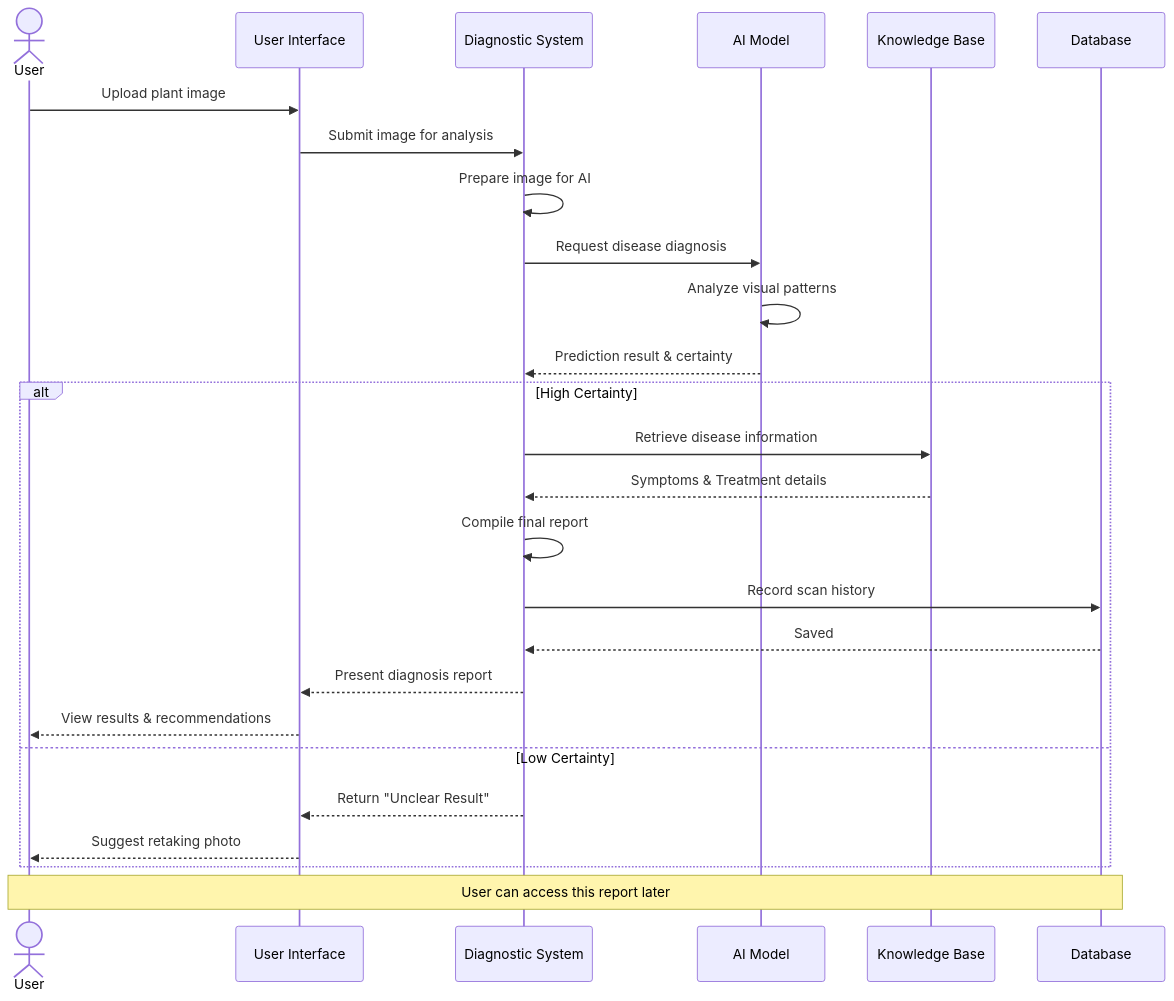
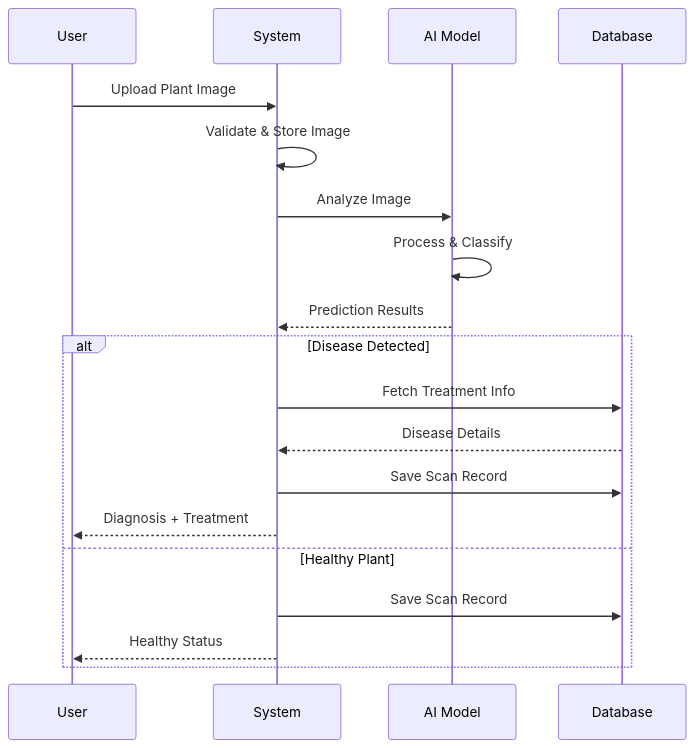
Before and after one commit to abdullah2323442/practice: the eighth of 16 diagrams in system documentation.md, drawn with Mermaid. The commit also changed other lines of this file, not shown here.

First line of the commit message:
Revise system documentation with updated diagrams

````diff
--- a/system documentation.md
+++ b/system documentation.md
@@ -427,32 +451,23 @@
 ```mermaid
 sequenceDiagram
-    actor User
-    participant Web as User Interface
-    participant Scanner as Diagnostic System
+    participant U as User
+    participant S as System
     participant AI as AI Model
-    participant Encyc as Knowledge Base
     participant DB as Database
     
-    User->>Web: Upload plant image
-    Web->>Scanner: Submit image for analysis
+    U->>S: Upload Plant Image
+    S->>S: Validate & Store Image
+    S->>AI: Analyze Image
+    AI->>AI: Process & Classify
+    AI-->>S: Prediction Results
     
-    Scanner->>Scanner: Prepare image for AI
-    Scanner->>AI: Request disease diagnosis
-    AI->>AI: Analyze visual patterns
-    AI-->>Scanner: Prediction result & certainty
-    
-    alt High Certainty
-        Scanner->>Encyc: Retrieve disease information
-        Encyc-->>Scanner: Symptoms & Treatment details
-        Scanner->>Scanner: Compile final report
-        Scanner->>DB: Record scan history
-        DB-->>Scanner: Saved
-        Scanner-->>Web: Present diagnosis report
-        Web-->>User: View results & recommendations
-    else Low Certainty
-        Scanner-->>Web: Return "Unclear Result"
-        Web-->>User: Suggest retaking photo
+    alt Disease Detected
+        S->>DB: Fetch Treatment Info
+        DB-->>S: Disease Details
+        S->>DB: Save Scan Record
+        S-->>U: Diagnosis + Treatment
+    else Healthy Plant
+        S->>DB: Save Scan Record
+        S-->>U: Healthy Status
     end
-    
-    Note over User,DB: User can access this report later
 ```
````
